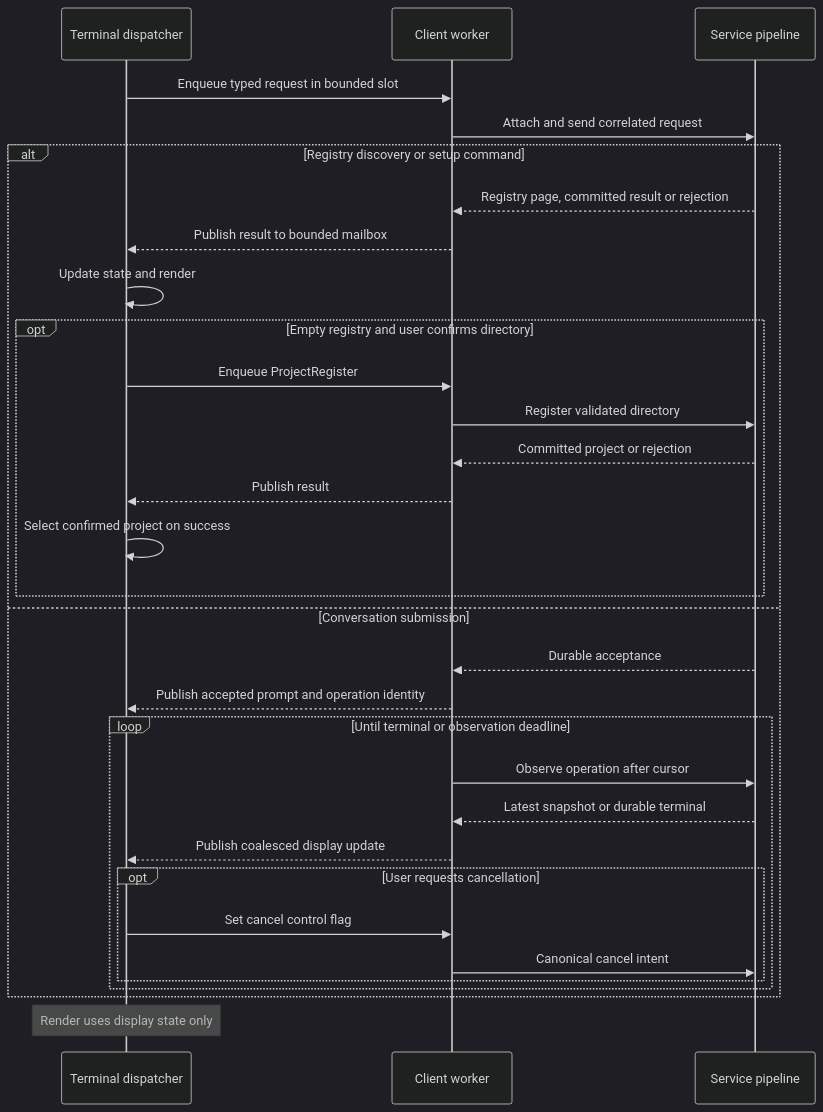
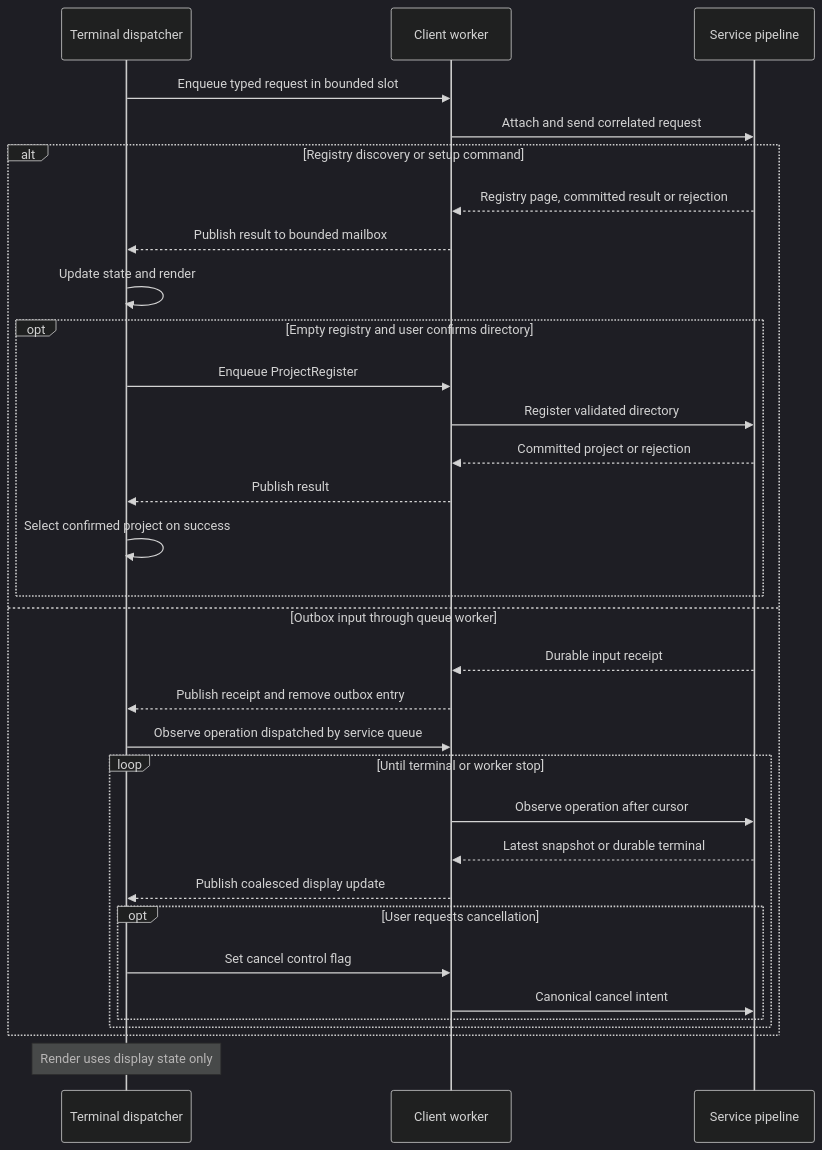
The tenth of 12 diagrams in docs/designs/early-production-status-slice.md (pidster/asura), drawn with Mermaid (dark theme) before and after one commit. The commit also changed other lines of this file and 29 other files, not shown here.

````diff
--- a/docs/designs/early-production-status-slice.md
+++ b/docs/designs/early-production-status-slice.md
@@ -716,33 +739,34 @@
 ```mermaid
 sequenceDiagram
     participant UI as Terminal dispatcher
     participant W as Client worker
     participant S as Service pipeline
     UI->>W: Enqueue typed request in bounded slot
     W->>S: Attach and send correlated request
     alt Registry discovery or setup command
         S-->>W: Registry page, committed result or rejection
         W-->>UI: Publish result to bounded mailbox
         UI->>UI: Update state and render
         opt Empty registry and user confirms directory
             UI->>W: Enqueue ProjectRegister
             W->>S: Register validated directory
             S-->>W: Committed project or rejection
             W-->>UI: Publish result
             UI->>UI: Select confirmed project on success
         end
-    else Conversation submission
-        S-->>W: Durable acceptance
-        W-->>UI: Publish accepted prompt and operation identity
-        loop Until terminal or observation deadline
+    else Outbox input through queue worker
+        S-->>W: Durable input receipt
+        W-->>UI: Publish receipt and remove outbox entry
+        UI->>W: Observe operation dispatched by service queue
+        loop Until terminal or worker stop
             W->>S: Observe operation after cursor
             S-->>W: Latest snapshot or durable terminal
             W-->>UI: Publish coalesced display update
             opt User requests cancellation
                 UI->>W: Set cancel control flag
                 W->>S: Canonical cancel intent
             end
         end
     end
     Note over UI: Render uses display state only
 ```
````
